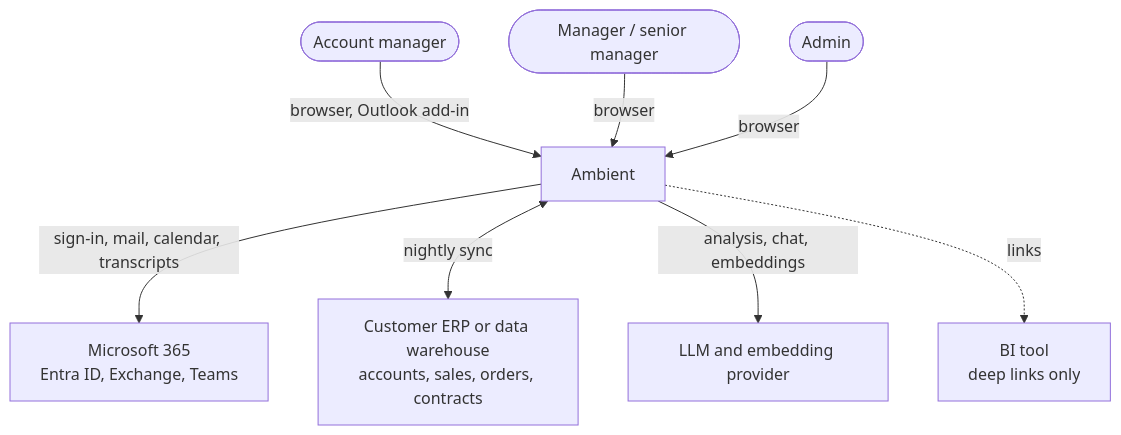
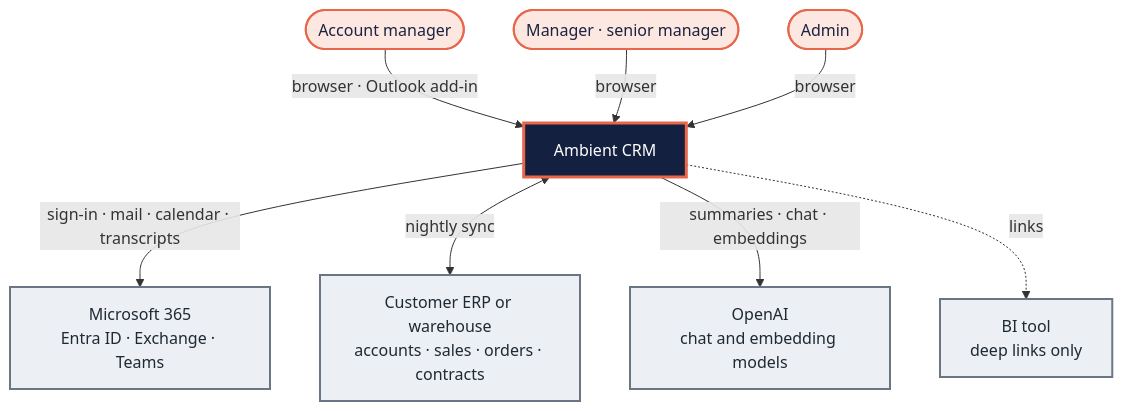
Before and after one commit to sonishivam1/ambient-crm: the first of 3 diagrams in docs/architecture/overview.md, drawn with Mermaid. The commit also changed other lines of this file and 11 other files, not shown here.

````diff
--- a/docs/architecture/overview.md
+++ b/docs/architecture/overview.md
@@ -7,19 +11,26 @@
 ```mermaid
 flowchart TB
   rep(["Account manager"])
-  mgr(["Manager / senior manager"])
+  mgr(["Manager · senior manager"])
   admin(["Admin"])
-  ambient["Ambient"]
-  m365["Microsoft 365<br/>Entra ID, Exchange, Teams"]
-  erp["Customer ERP or data warehouse<br/>accounts, sales, orders, contracts"]
-  llm["LLM and embedding provider"]
+  ambient["Ambient CRM"]
+  m365["Microsoft 365<br/>Entra ID · Exchange · Teams"]
+  erp["Customer ERP or warehouse<br/>accounts · sales · orders · contracts"]
+  openai["OpenAI<br/>chat and embedding models"]
   bi["BI tool<br/>deep links only"]
 
-  rep -->|"browser, Outlook add-in"| ambient
+  rep -->|"browser · Outlook add-in"| ambient
   mgr -->|browser| ambient
   admin -->|browser| ambient
-  ambient -->|"sign-in, mail, calendar, transcripts"| m365
+  ambient -->|"sign-in · mail · calendar · transcripts"| m365
   ambient <-->|"nightly sync"| erp
-  ambient -->|"analysis, chat, embeddings"| llm
+  ambient -->|"summaries · chat · embeddings"| openai
   ambient -.->|links| bi
+
+  classDef person fill:#FDE7E1,stroke:#E8664A,stroke-width:2px,color:#1B2340;
+  classDef core fill:#13203F,stroke:#E8664A,stroke-width:3px,color:#FFFFFF;
+  classDef external fill:#ECEFF3,stroke:#6B7685,stroke-width:2px,color:#1F2933;
+  class rep,mgr,admin person;
+  class ambient core;
+  class m365,erp,openai,bi external;
 ```
````
